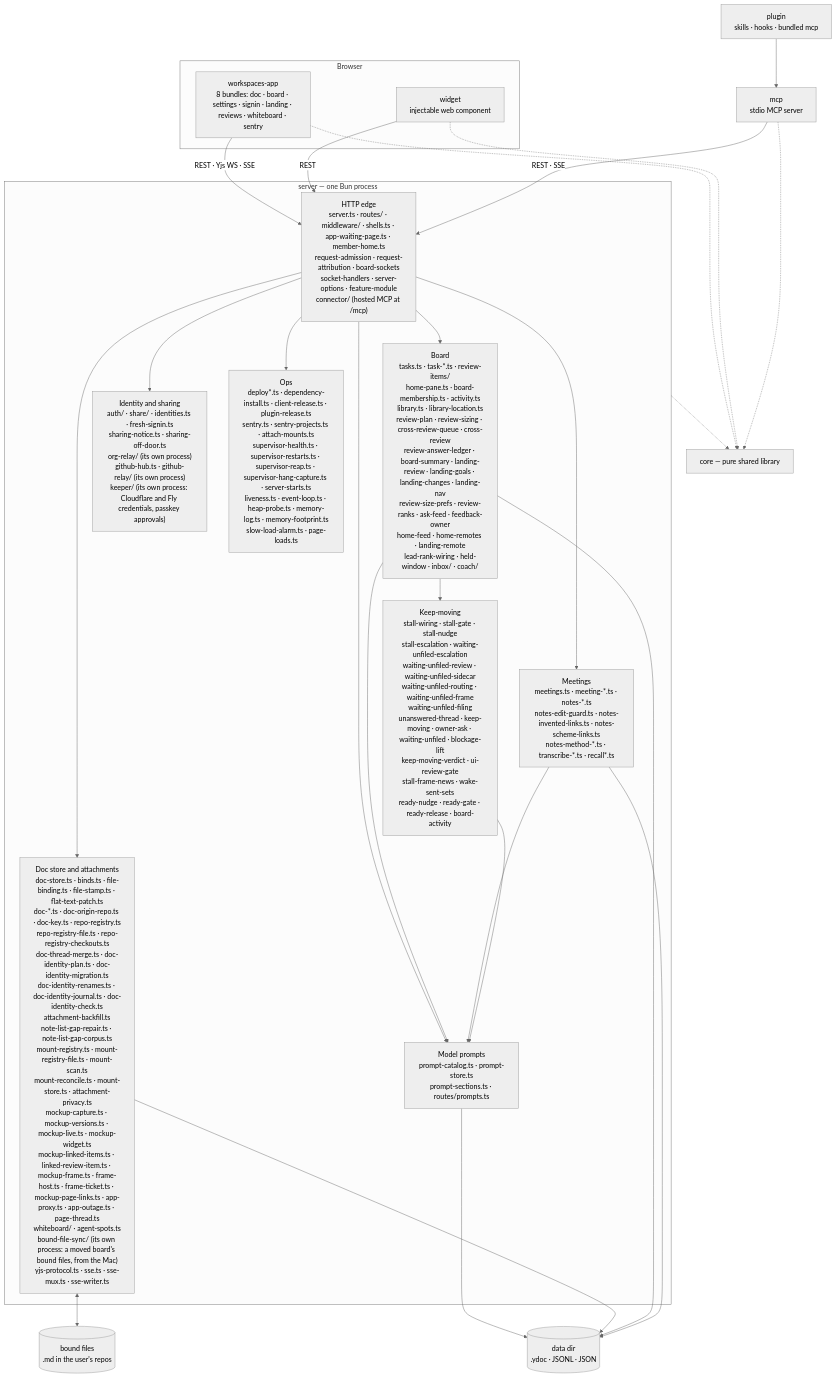
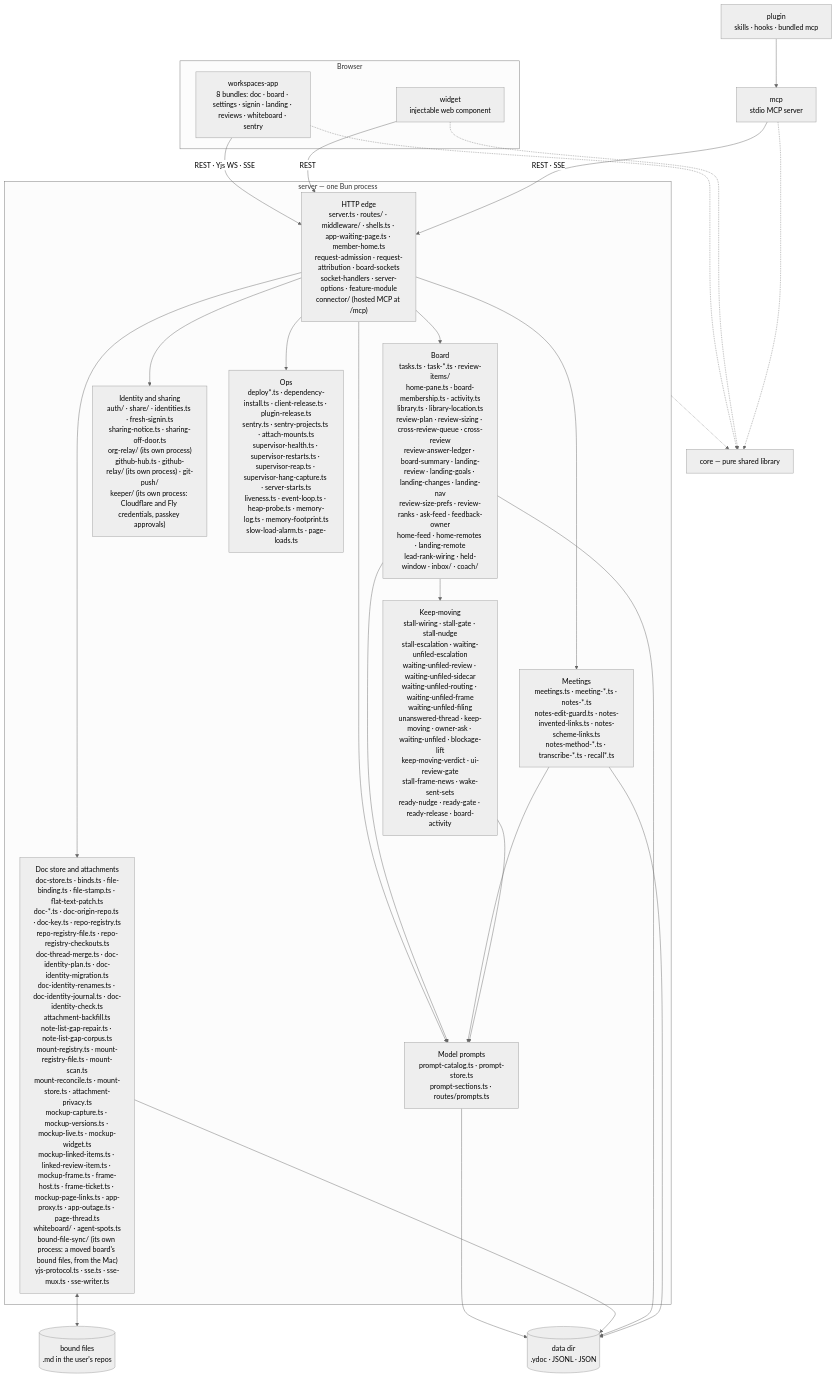
The first of 2 diagrams in docs/architecture/overview.md (fryanpan/claude-workspaces-plugin), drawn with Mermaid (neutral theme) before and after one commit. The commit also changed other lines of this file and 25 other files, not shown here.

````diff
--- a/docs/architecture/overview.md
+++ b/docs/architecture/overview.md
@@ -45,35 +45,35 @@
 ```mermaid
 flowchart TB
   subgraph browser[Browser]
     app["workspaces-app<br/>8 bundles: doc · board · settings · signin · landing · reviews · whiteboard · sentry"]
     wid["widget<br/>injectable web component"]
   end
   plug["plugin<br/>skills · hooks · bundled mcp"]
   mcp["mcp<br/>stdio MCP server"]
   subgraph srv["server — one Bun process"]
     edge["HTTP edge<br/>server.ts · routes/ · middleware/ · shells.ts · app-waiting-page.ts · member-home.ts<br/>request-admission · request-attribution · board-sockets<br/>socket-handlers · server-options · feature-module<br/>connector/ (hosted MCP at /mcp)"]
     docs["Doc store and attachments<br/>doc-store.ts · binds.ts · file-binding.ts · file-stamp.ts · flat-text-patch.ts<br/>doc-*.ts · doc-origin-repo.ts · doc-key.ts · repo-registry.ts<br/>repo-registry-file.ts · repo-registry-checkouts.ts<br/>doc-thread-merge.ts · doc-identity-plan.ts · doc-identity-migration.ts<br/>doc-identity-renames.ts · doc-identity-journal.ts · doc-identity-check.ts<br/>attachment-backfill.ts<br/>note-list-gap-repair.ts · note-list-gap-corpus.ts<br/>mount-registry.ts · mount-registry-file.ts · mount-scan.ts<br/>mount-reconcile.ts · mount-store.ts · attachment-privacy.ts<br/>mockup-capture.ts · mockup-versions.ts · mockup-live.ts · mockup-widget.ts<br/>mockup-linked-items.ts · linked-review-item.ts · mockup-frame.ts · frame-host.ts · frame-ticket.ts · mockup-page-links.ts · app-proxy.ts · app-outage.ts · page-thread.ts<br/>whiteboard/ · agent-spots.ts<br/>bound-file-sync/ (its own process: a moved board's bound files, from the Mac)<br/>yjs-protocol.ts · sse.ts · sse-mux.ts · sse-writer.ts"]
     board["Board<br/>tasks.ts · task-*.ts · review-items/<br/>home-pane.ts · board-membership.ts · activity.ts<br/>library.ts · library-location.ts<br/>review-plan · review-sizing · cross-review-queue · cross-review<br/>review-answer-ledger · board-summary · landing-review · landing-goals · landing-changes · landing-nav<br/>review-size-prefs · review-ranks · ask-feed · feedback-owner<br/>home-feed · home-remotes · landing-remote<br/>lead-rank-wiring · held-window · inbox/ · coach/"]
     meet["Meetings<br/>meetings.ts · meeting-*.ts · notes-*.ts<br/>notes-edit-guard.ts · notes-invented-links.ts · notes-scheme-links.ts<br/>notes-method-*.ts · transcribe-*.ts · recall*.ts"]
     keep["Keep-moving<br/>stall-wiring · stall-gate · stall-nudge<br/>stall-escalation · waiting-unfiled-escalation<br/>waiting-unfiled-review · waiting-unfiled-sidecar<br/>waiting-unfiled-routing · waiting-unfiled-frame<br/>waiting-unfiled-filing<br/>unanswered-thread · keep-moving · owner-ask · waiting-unfiled · blockage-lift<br/>keep-moving-verdict · ui-review-gate<br/>stall-frame-news · wake-sent-sets<br/>ready-nudge · ready-gate · ready-release · board-activity"]
-    ident["Identity and sharing<br/>auth/ · share/ · identities.ts · fresh-signin.ts<br/>sharing-notice.ts · sharing-off-door.ts<br/>org-relay/ (its own process)<br/>github-hub.ts · github-relay/ (its own process)<br/>keeper/ (its own process: Cloudflare and Fly credentials, passkey approvals)"]
+    ident["Identity and sharing<br/>auth/ · share/ · identities.ts · fresh-signin.ts<br/>sharing-notice.ts · sharing-off-door.ts<br/>org-relay/ (its own process)<br/>github-hub.ts · github-relay/ (its own process) · git-push/<br/>keeper/ (its own process: Cloudflare and Fly credentials, passkey approvals)"]
     prompts["Model prompts<br/>prompt-catalog.ts · prompt-store.ts<br/>prompt-sections.ts · routes/prompts.ts"]
     ops["Ops<br/>deploy*.ts · dependency-install.ts · client-release.ts · plugin-release.ts<br/>sentry.ts · sentry-projects.ts · attach-mounts.ts<br/>supervisor-health.ts · supervisor-restarts.ts · supervisor-reap.ts · supervisor-hang-capture.ts · server-starts.ts<br/>liveness.ts · event-loop.ts · heap-probe.ts · memory-log.ts · memory-footprint.ts<br/>slow-load-alarm.ts · page-loads.ts"]
   end
   core["core — pure shared library"]
   disk[("data dir<br/>.ydoc · JSONL · JSON")]
   files[("bound files<br/>.md in the user's repos")]
 
   app -->|"REST · Yjs WS · SSE"| edge
   wid -->|REST| edge
   plug --> mcp
   mcp -->|"REST · SSE"| edge
   edge --> docs & board & meet & ident & ops & prompts
   board & meet & keep --> prompts
   prompts --> disk
   board --> keep
   docs <--> files
   docs & board & meet --> disk
   app & wid & mcp -.-> core
   srv -.-> core
 ```
````
